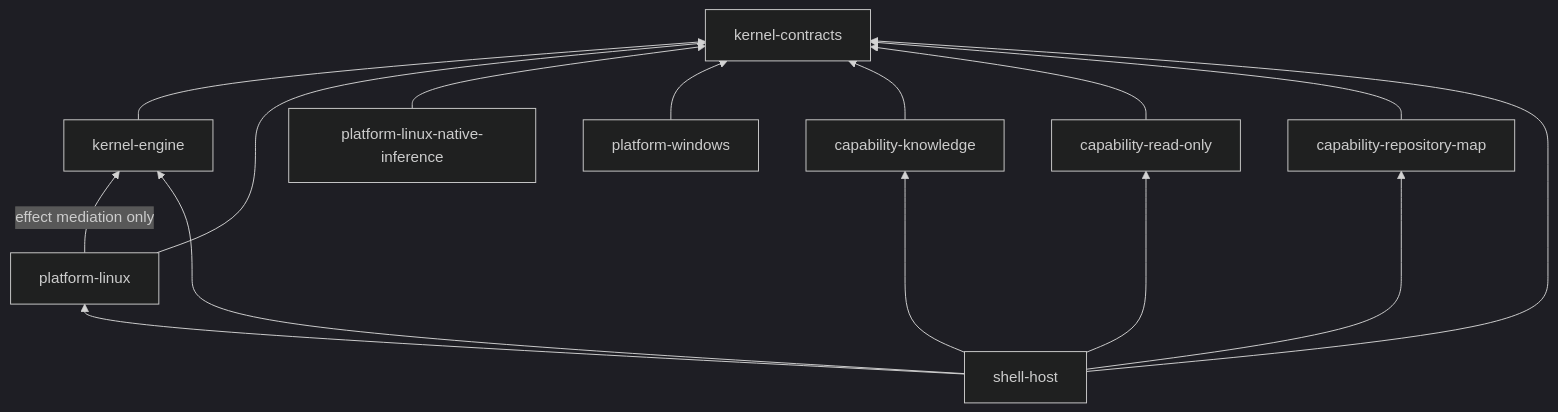
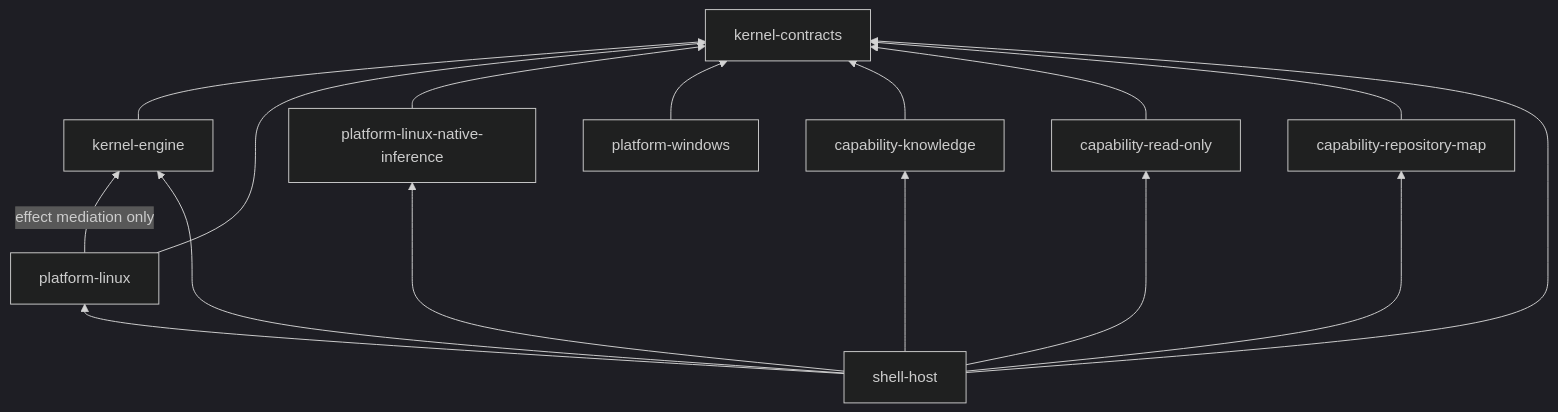
One commit to AaronNHorvitz/AgentMage changed the diagram in docs/architecture/kernel-dependency-report.md. Above: the diagram before and after it, drawn with Mermaid (dark theme). The commit also changed other lines of this file and 6 other files, not shown here.

Commit message:
renew story 4.1 kernel architecture evidence

````diff
--- a/docs/architecture/kernel-dependency-report.md
+++ b/docs/architecture/kernel-dependency-report.md
@@ -25,17 +25,18 @@
 ```mermaid
 flowchart BT
     KE["kernel-engine"] --> KC["kernel-contracts"]
     PL["platform-linux"] --> KC
     PL -->|"effect mediation only"| KE
     PLI["platform-linux-native-inference"] --> KC
     PW["platform-windows"] --> KC
     CK["capability-knowledge"] --> KC
     CR["capability-read-only"] --> KC
     CRM["capability-repository-map"] --> KC
     SH["shell-host"] --> CK
     SH["shell-host"] --> KC
     SH --> KE
     SH --> PL
+    SH --> PLI
     SH --> CR
     SH --> CRM
 ```
````
